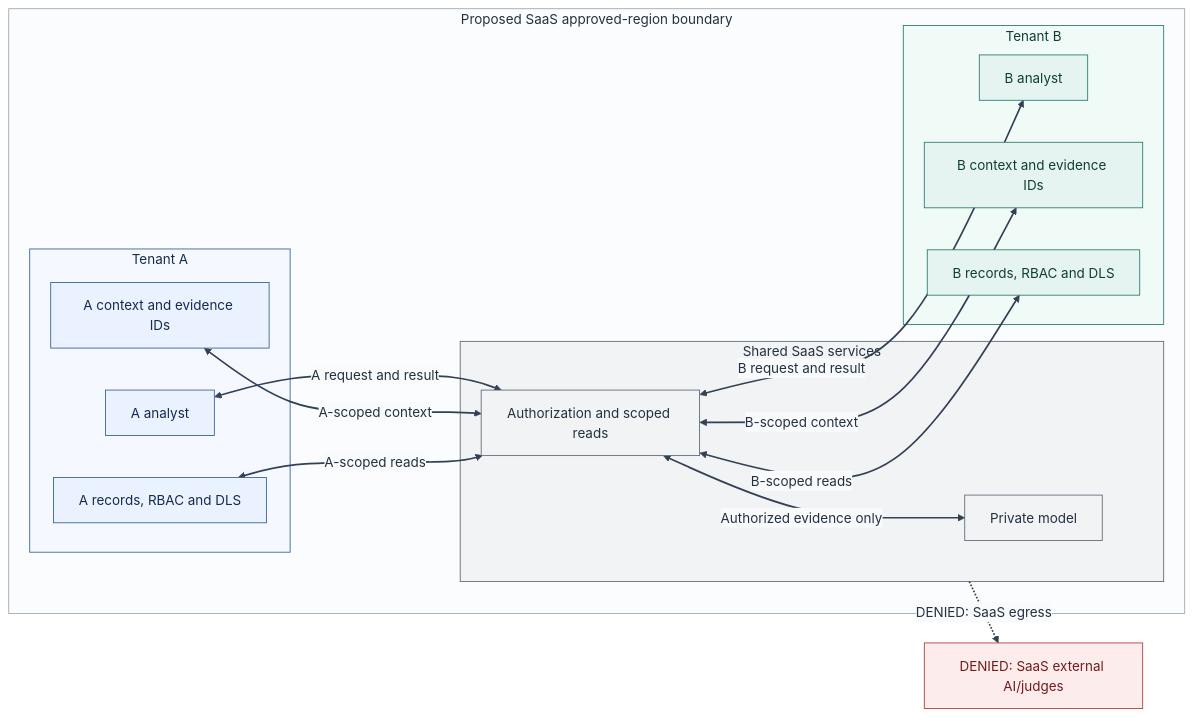
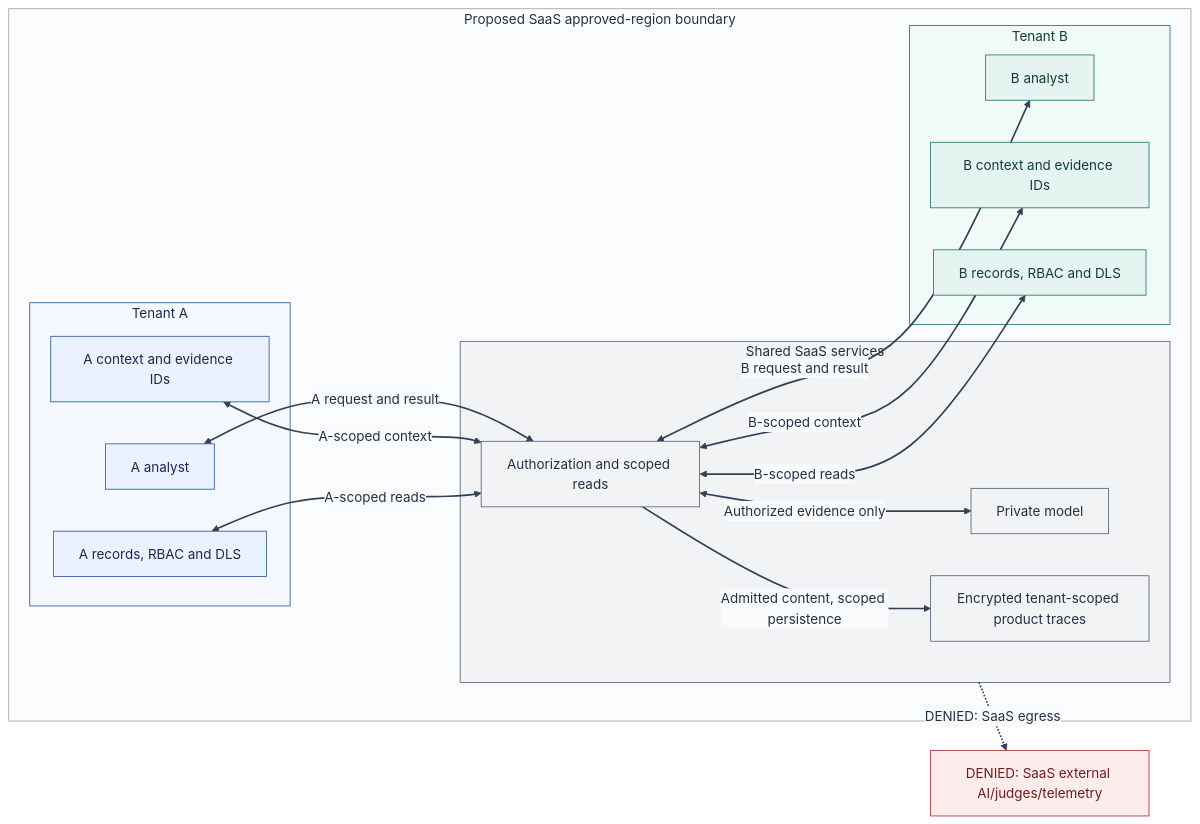
One commit to HugoPBrito/wazuh-tech-task changed the diagram in phase3/assets/diagrams/tenant-data-boundaries.mmd. Above: the diagram before and after it, drawn with Mermaid. The commit also changed 6 other files, not shown here.

Commit message:
docs(phase3): retain protected product observability traces

```diff
--- a/phase3/assets/diagrams/tenant-data-boundaries.mmd
+++ b/phase3/assets/diagrams/tenant-data-boundaries.mmd
@@ -1,43 +1,45 @@
 %%{init: {"theme": "base", "themeVariables": {"darkMode": false, "background": "#ffffff", "primaryTextColor": "#243140", "textColor": "#243140", "nodeTextColor": "#243140", "titleColor": "#243140", "lineColor": "#334155", "defaultLinkColor": "#334155", "arrowheadColor": "#334155", "edgeLabelBackground": "#f8fafc"}}}%%
 flowchart LR
     subgraph Region["Proposed SaaS approved-region boundary"]
         subgraph TA["Tenant A"]
             A["A analyst"]
             MA["A context and evidence IDs"]
             DA["A records, RBAC and DLS"]
         end
         subgraph Shared["Shared SaaS services"]
             Access["Authorization and scoped reads"]
             Model["Private model"]
+            Trace["Encrypted tenant-scoped product traces"]
         end
         subgraph TB["Tenant B"]
             B["B analyst"]
             MB["B context and evidence IDs"]
             DB["B records, RBAC and DLS"]
         end
     end
-    External["DENIED: SaaS external AI/judges"]
+    External["DENIED: SaaS external AI/judges/telemetry"]
     %% Layout only: order columns, never authorize access or carry data.
     TA ~~~ Shared
     Shared ~~~ TB
     A <-->|"A request and result"| Access
     MA <-->|"A-scoped context"| Access
     DA <-->|"A-scoped reads"| Access
     Access <-->|"B request and result"| B
     Access <-->|"B-scoped context"| MB
     Access <-->|"B-scoped reads"| DB
     Access <-->|"Authorized evidence only"| Model
+    Access -->|"Admitted content, scoped persistence"| Trace
     Shared -.->|"DENIED: SaaS egress"| External
-    linkStyle 2,3,4,5,6,7,8,9 stroke:#334155,stroke-width:2px,color:#243140
+    linkStyle 2,3,4,5,6,7,8,9,10 stroke:#334155,stroke-width:2px,color:#243140
     classDef tenantA fill:#eaf2ff,stroke:#315b96,color:#172b4d
     classDef tenantB fill:#e6f4f1,stroke:#23786b,color:#123d36
     classDef shared fill:#f1f3f5,stroke:#586574,color:#243140
     classDef denied fill:#fdecec,stroke:#ae3434,color:#701d1d
     class A,MA,DA tenantA
     class B,MB,DB tenantB
-    class Access,Model shared
+    class Access,Model,Trace shared
     class External denied
     style Region fill:#fbfcfd,stroke:#9aa5b1,color:#243140
     style Shared fill:#f1f3f5,stroke:#586574,color:#243140
     style TA fill:#f5f8ff,stroke:#315b96,color:#172b4d
     style TB fill:#f0faf7,stroke:#23786b,color:#123d36
```
